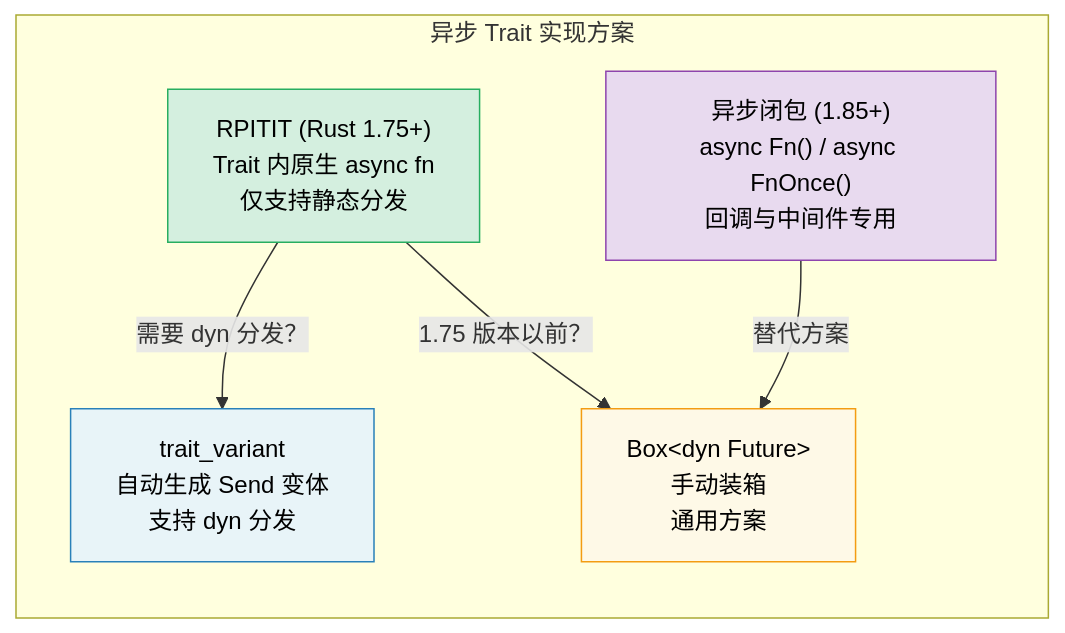
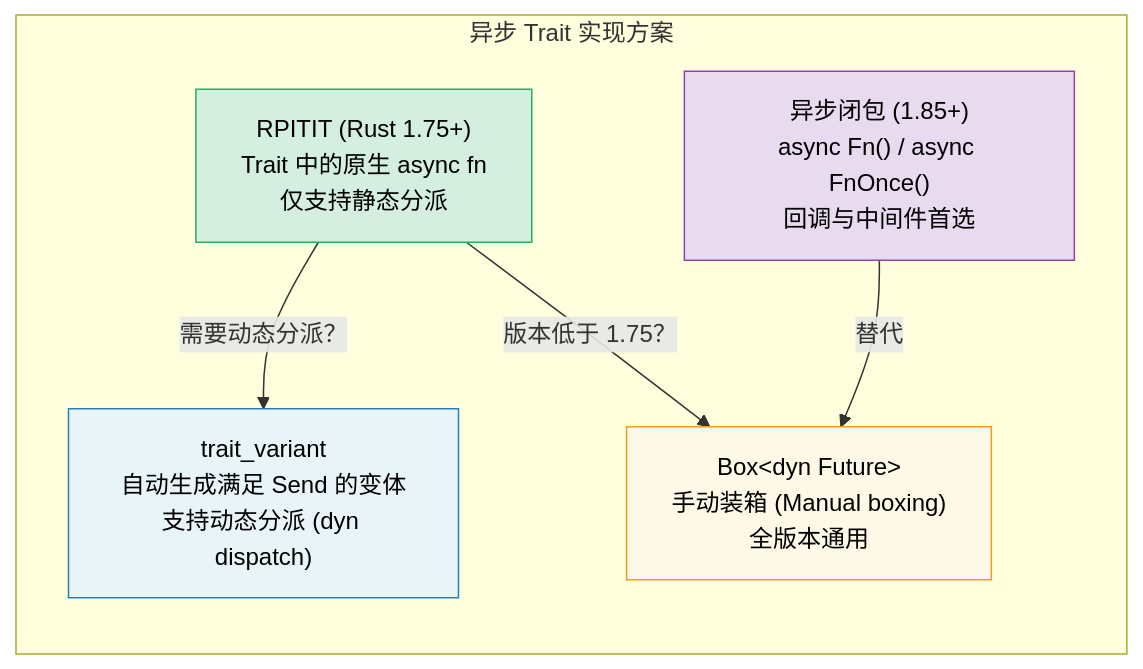
The diagram in async-book/src/zh/ch10-async-traits.md (veegn/rust-training-zh), drawn with Mermaid before and after one commit. The commit also changed other lines of this file and 354 other files, not shown here.

````diff
--- a/async-book/src/zh/ch10-async-traits.md
+++ b/async-book/src/zh/ch10-async-traits.md
@@ -11,19 +11,19 @@
 ```mermaid
 graph TD
     subgraph "异步 Trait 实现方案"
         direction TB
-        RPITIT["RPITIT (Rust 1.75+)<br/>Trait 内原生 async fn<br/>仅支持静态分发"]
-        VARIANT["trait_variant<br/>自动生成 Send 变体<br/>支持 dyn 分发"]
-        BOXED["Box&lt;dyn Future&gt;<br/>手动装箱<br/>通用方案"]
-        CLOSURE["异步闭包 (1.85+)<br/>async Fn() / async FnOnce()<br/>回调与中间件专用"]
+        RPITIT["RPITIT (Rust 1.75+)<br/>Trait 中的原生 async fn<br/>仅支持静态分派"]
+        VARIANT["trait_variant<br/>自动生成满足 Send 的变体<br/>支持动态分派 (dyn dispatch)"]
+        BOXED["Box&lt;dyn Future&gt;<br/>手动装箱 (Manual boxing)<br/>全版本通用"]
+        CLOSURE["异步闭包 (1.85+)<br/>async Fn() / async FnOnce()<br/>回调与中间件首选"]
     end
 
-    RPITIT -->|"需要 dyn 分发？"| VARIANT
-    RPITIT -->|"1.75 版本以前？"| BOXED
-    CLOSURE -->|"替代方案"| BOXED
+    RPITIT -->|"需要动态分派？"| VARIANT
+    RPITIT -->|"版本低于 1.75？"| BOXED
+    CLOSURE -->|"替代"| BOXED
 
     style RPITIT fill:#d4efdf,stroke:#27ae60,color:#000
     style VARIANT fill:#e8f4f8,stroke:#2980b9,color:#000
     style BOXED fill:#fef9e7,stroke:#f39c12,color:#000
     style CLOSURE fill:#e8daef,stroke:#8e44ad,color:#000
 ```
````
